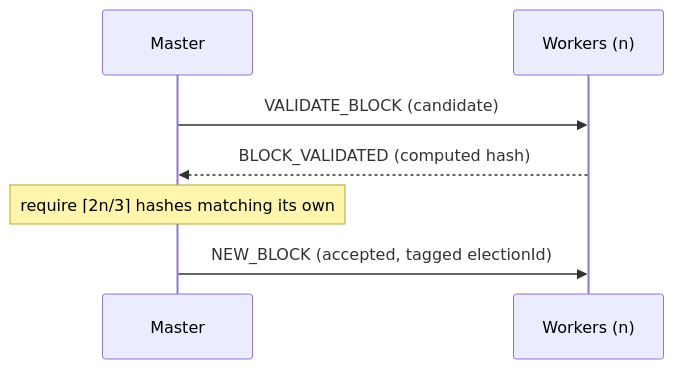
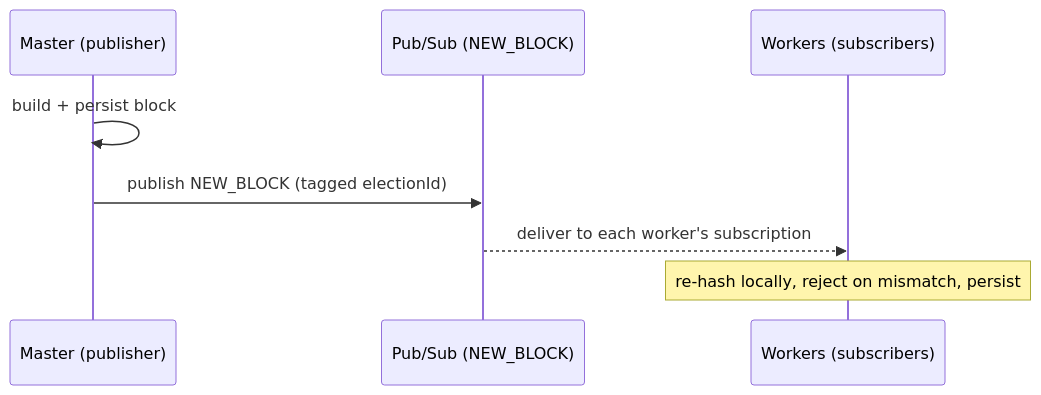
The diagram in docs/blockchain.md (irumvanselme/ToraChain), drawn with Mermaid before and after one commit. The commit also changed other lines of this file and 17 other files, not shown here.

Commit message:
feat: refactor master and worker nodes to simplify Pub/Sub architecture and remove pBFT consensus logic

````diff
--- a/docs/blockchain.md
+++ b/docs/blockchain.md
@@ -20,9 +22,10 @@
 ```mermaid
 sequenceDiagram
-    participant M as Master
-    participant W as Workers (n)
-    M->>W: VALIDATE_BLOCK (candidate)
-    W-->>M: BLOCK_VALIDATED (computed hash)
-    Note over M: require ⌈2n/3⌉ hashes matching its own
-    M->>W: NEW_BLOCK (accepted, tagged electionId)
+    participant M as Master (publisher)
+    participant P as Pub/Sub (NEW_BLOCK)
+    participant W as Workers (subscribers)
+    M->>M: build + persist block
+    M->>P: publish NEW_BLOCK (tagged electionId)
+    P-->>W: deliver to each worker's subscription
+    Note over W: re-hash locally, reject on mismatch, persist
 ```
````
